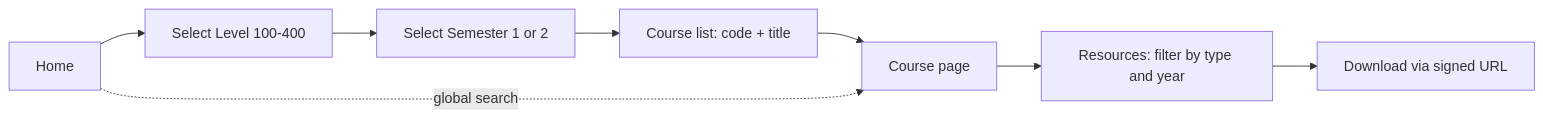
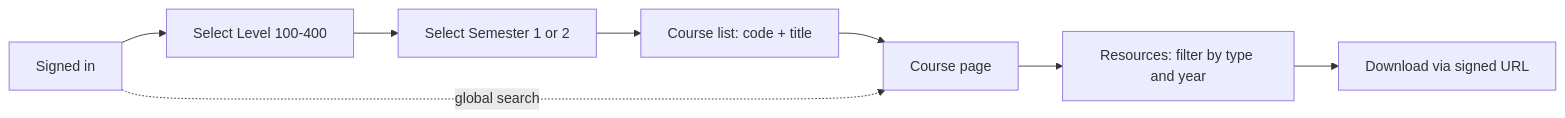
The third of 7 diagrams in CS-Resource-Hub-Design.md (Memuna1Lukman/CS-project), drawn with Mermaid before and after one commit. The commit also changed other lines of this file, not shown here.

````diff
--- a/CS-Resource-Hub-Design.md
+++ b/CS-Resource-Hub-Design.md
@@ -72,10 +112,10 @@
 ```mermaid
 flowchart LR
-    Home --> Level["Select Level 100-400"]
+    Login["Signed in"] --> Level["Select Level 100-400"]
     Level --> Semester["Select Semester 1 or 2"]
     Semester --> Courses["Course list: code + title"]
     Courses --> Course["Course page"]
     Course --> Resources["Resources: filter by type and year"]
     Resources --> Download["Download via signed URL"]
-    Home -. "global search" .-> Course
+    Login -. "global search" .-> Course
 ```
````
